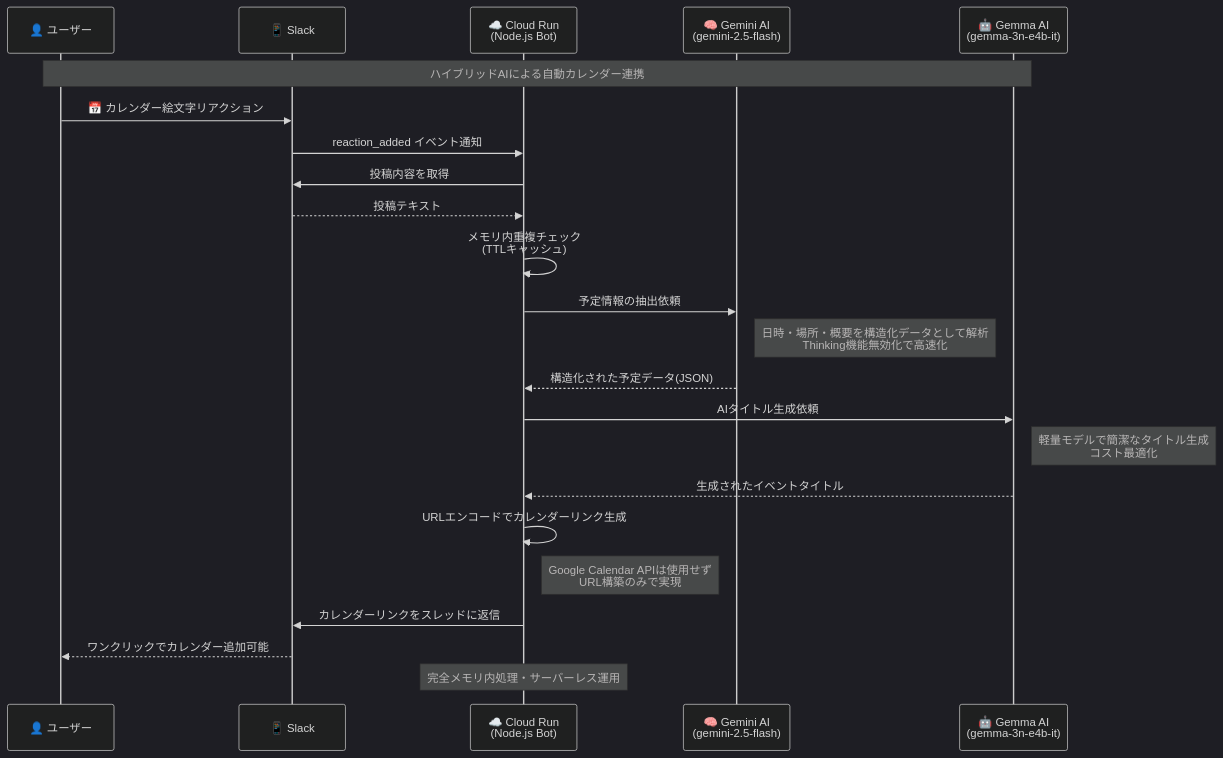
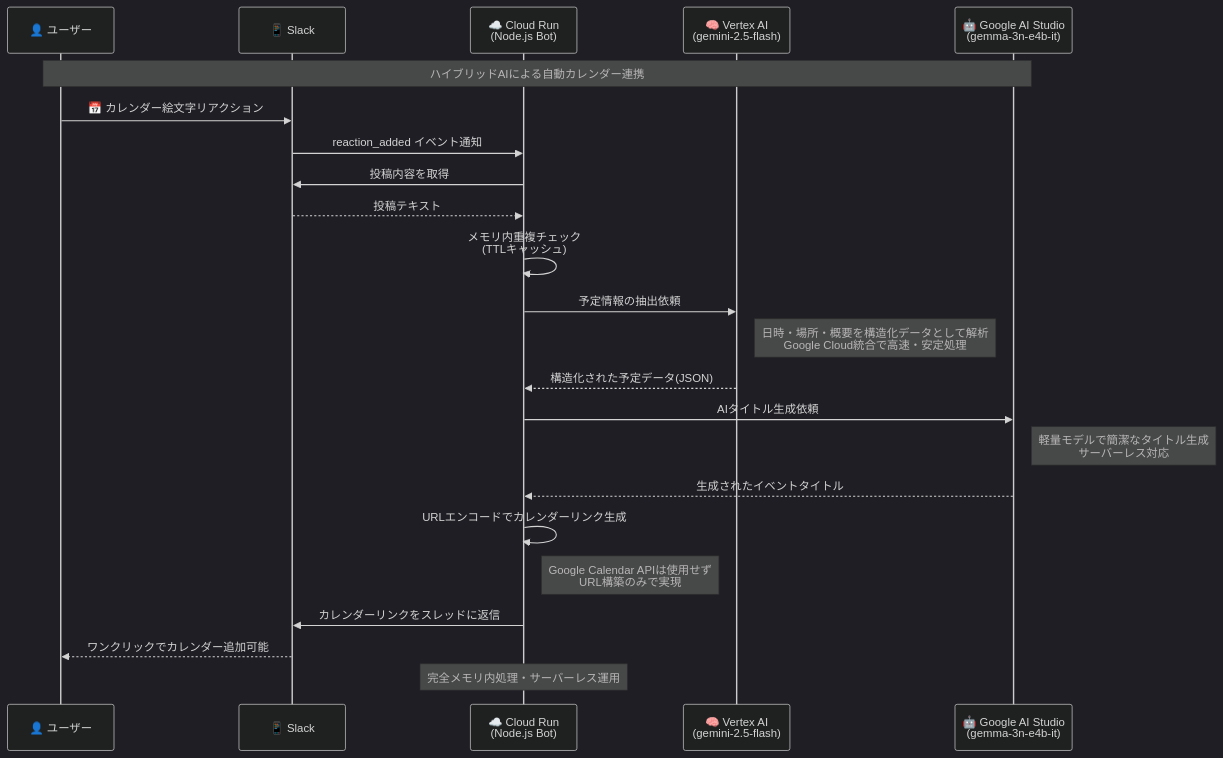
One commit to matsuvr/calendar-slack-bot changed the first of 4 diagrams in README.md. Above: the diagram before and after it, drawn with Mermaid (dark theme). The commit also changed other lines of this file and 6 other files, not shown here.

````diff
--- a/README.md
+++ b/README.md
@@ -24,34 +25,34 @@
 ```mermaid
 sequenceDiagram
     participant User as 👤 ユーザー
     participant Slack as 📱 Slack
     participant CloudRun as ☁️ Cloud Run<br/>(Node.js Bot)
-    participant Gemini as 🧠 Gemini AI<br/>(gemini-2.5-flash)
-    participant Gemma as 🤖 Gemma AI<br/>(gemma-3n-e4b-it)
+    participant VertexAI as 🧠 Vertex AI<br/>(gemini-2.5-flash)
+    participant GoogleAI as 🤖 Google AI Studio<br/>(gemma-3n-e4b-it)
 
-    Note over User,Gemma: ハイブリッドAIによる自動カレンダー連携
+    Note over User,GoogleAI: ハイブリッドAIによる自動カレンダー連携
 
     User->>Slack: 📅 カレンダー絵文字リアクション
     Slack->>CloudRun: reaction_added イベント通知
     
     CloudRun->>Slack: 投稿内容を取得
     Slack-->>CloudRun: 投稿テキスト
     
     CloudRun->>CloudRun: メモリ内重複チェック<br/>(TTLキャッシュ)
     
-    CloudRun->>Gemini: 予定情報の抽出依頼
-    Note right of Gemini: 日時・場所・概要を構造化データとして解析<br/>Thinking機能無効化で高速化
-    Gemini-->>CloudRun: 構造化された予定データ(JSON)
+    CloudRun->>VertexAI: 予定情報の抽出依頼
+    Note right of VertexAI: 日時・場所・概要を構造化データとして解析<br/>Google Cloud統合で高速・安定処理
+    VertexAI-->>CloudRun: 構造化された予定データ(JSON)
     
-    CloudRun->>Gemma: AIタイトル生成依頼
-    Note right of Gemma: 軽量モデルで簡潔なタイトル生成<br/>コスト最適化
-    Gemma-->>CloudRun: 生成されたイベントタイトル
+    CloudRun->>GoogleAI: AIタイトル生成依頼
+    Note right of GoogleAI: 軽量モデルで簡潔なタイトル生成<br/>サーバーレス対応
+    GoogleAI-->>CloudRun: 生成されたイベントタイトル
     
     CloudRun->>CloudRun: URLエンコードでカレンダーリンク生成
     Note right of CloudRun: Google Calendar APIは使用せず<br/>URL構築のみで実現
     
     CloudRun->>Slack: カレンダーリンクをスレッドに返信
     Slack-->>User: ワンクリックでカレンダー追加可能
     
     Note over CloudRun: 完全メモリ内処理・サーバーレス運用
 ```
````
